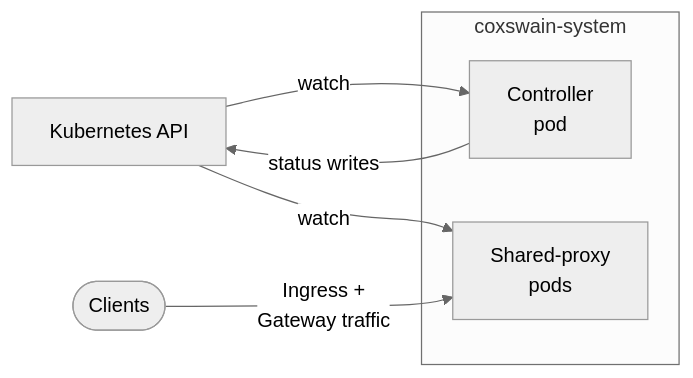
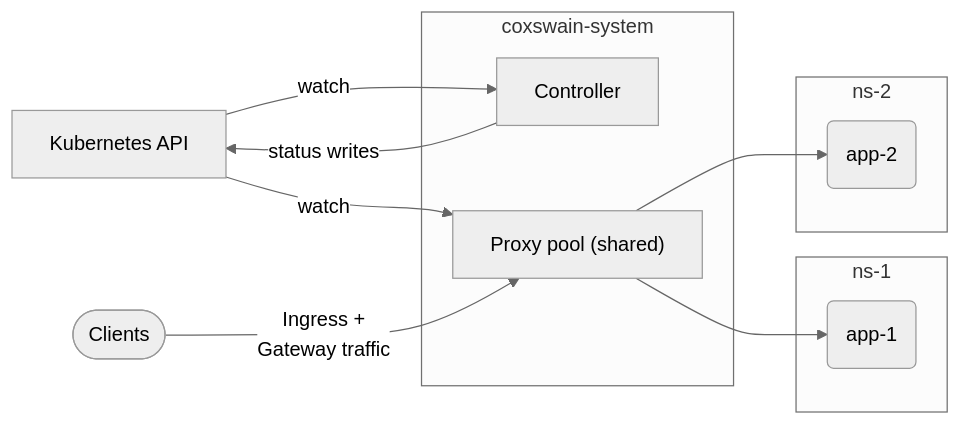
One commit to coxswain-labs/coxswain changed the second of 6 diagrams in docs/src/architecture.md. Above: the diagram before and after it, drawn with Mermaid (neutral theme). The commit also changed other lines of this file and 17 other files, not shown here.

First line of the commit message:
docs: finalise v0.2 architecture and deployment-model docs (#303)

````diff
--- a/docs/src/architecture.md
+++ b/docs/src/architecture.md
@@ -60,15 +74,24 @@
 ```mermaid
 flowchart LR
     K8s[Kubernetes API]
 
     subgraph cs[coxswain-system]
-        C[Controller\npod]
-        SP[Shared-proxy\npods]
+        C[Controller]
+        SP["Proxy pool (shared)"]
+    end
+
+    subgraph n1[ns-1]
+        A1(app-1)
+    end
+
+    subgraph n2[ns-2]
+        A2(app-2)
     end
 
     K8s -->|watch| C
     C -->|status writes| K8s
     K8s -->|watch| SP
 
     Clients([Clients]) -->|Ingress +\nGateway traffic| SP
+    SP --> A1 & A2
 ```
````
